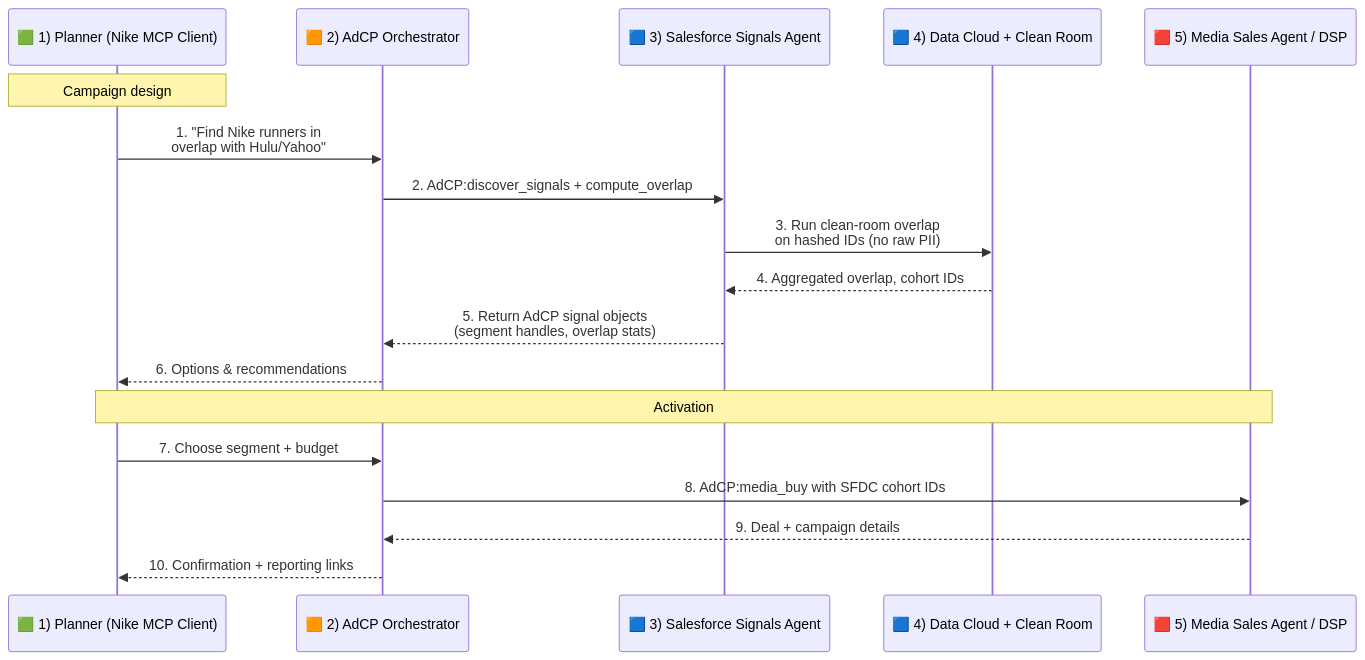
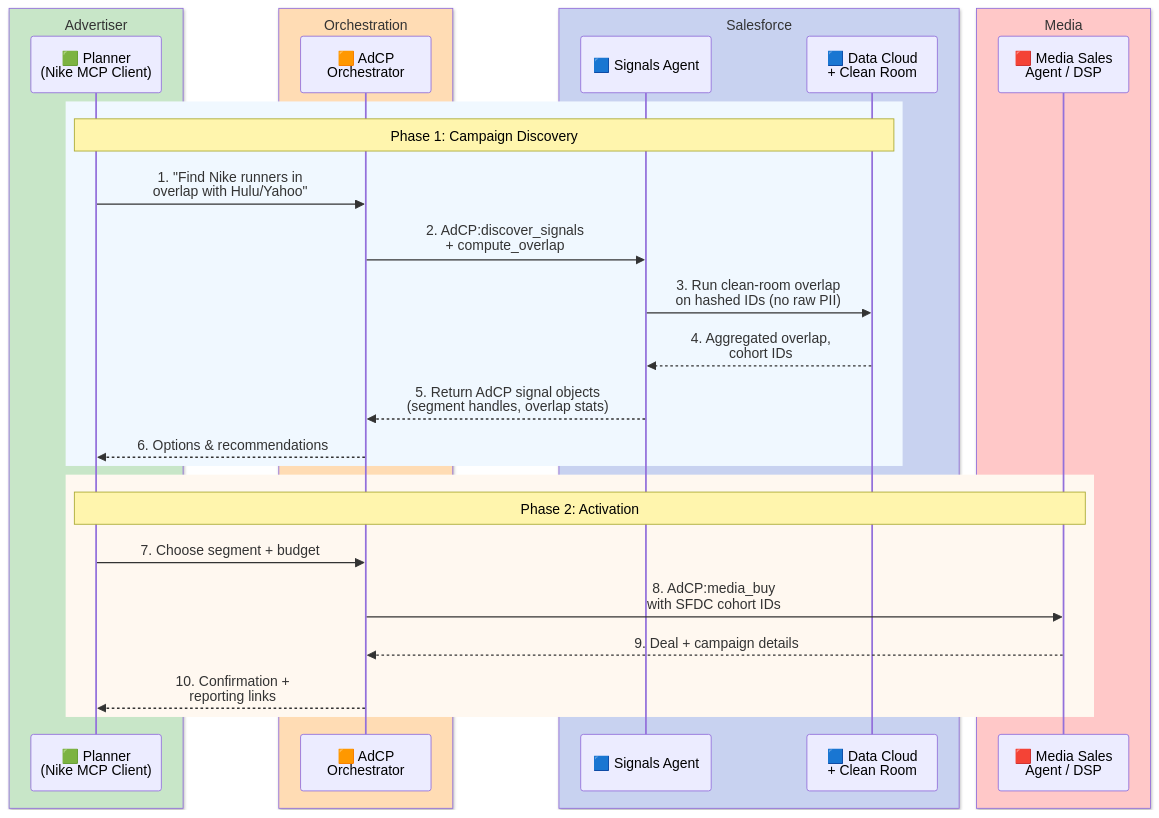
The second of 6 diagrams in ADCP_DATACLOUD_INTEGRATION_PATTERNS.md (arupsarkar-sfdc/admcp-media-app), drawn with Mermaid before and after one commit. The commit also changed other lines of this file, not shown here.

Commit message:
Fix: Cleaned up the texts in the diagrams

````diff
--- a/ADCP_DATACLOUD_INTEGRATION_PATTERNS.md
+++ b/ADCP_DATACLOUD_INTEGRATION_PATTERNS.md
@@ -53,22 +55,37 @@
 ```mermaid
 sequenceDiagram
-    participant P as 🟩 1) Planner (Nike MCP Client)
-    participant O as 🟧 2) AdCP Orchestrator
-    participant SA as 🟦 3) Salesforce Signals Agent
-    participant DC as 🟦 4) Data Cloud + Clean Room
-    participant S as 🟥 5) Media Sales Agent / DSP
+    box rgb(200, 230, 200) Advertiser
+        participant P as 🟩 Planner<br/>(Nike MCP Client)
+    end
+    
+    box rgb(255, 220, 180) Orchestration
+        participant O as 🟧 AdCP<br/>Orchestrator
+    end
+    
+    box rgb(200, 210, 240) Salesforce
+        participant SA as 🟦 Signals Agent
+        participant DC as 🟦 Data Cloud<br/>+ Clean Room
+    end
+    
+    box rgb(255, 200, 200) Media
+        participant S as 🟥 Media Sales<br/>Agent / DSP
+    end
 
-    Note over P: Campaign design
-    P->>O: 1. "Find Nike runners in<br/>overlap with Hulu/Yahoo"
-    O->>SA: 2. AdCP:discover_signals + compute_overlap
-    SA->>DC: 3. Run clean-room overlap<br/>on hashed IDs (no raw PII)
-    DC-->>SA: 4. Aggregated overlap, cohort IDs
-    SA-->>O: 5. Return AdCP signal objects<br/>(segment handles, overlap stats)
-    O-->>P: 6. Options & recommendations
+    rect rgb(240, 248, 255)
+        Note over P,DC: Phase 1: Campaign Discovery
+        P->>O: 1. "Find Nike runners in<br/>overlap with Hulu/Yahoo"
+        O->>SA: 2. AdCP:discover_signals<br/>+ compute_overlap
+        SA->>DC: 3. Run clean-room overlap<br/>on hashed IDs (no raw PII)
+        DC-->>SA: 4. Aggregated overlap,<br/>cohort IDs
+        SA-->>O: 5. Return AdCP signal objects<br/>(segment handles, overlap stats)
+        O-->>P: 6. Options & recommendations
+    end
 
-    Note over P,S: Activation
-    P->>O: 7. Choose segment + budget
-    O->>S: 8. AdCP:media_buy with SFDC cohort IDs
-    S-->>O: 9. Deal + campaign details
-    O-->>P: 10. Confirmation + reporting links
+    rect rgb(255, 248, 240)
+        Note over P,S: Phase 2: Activation
+        P->>O: 7. Choose segment + budget
+        O->>S: 8. AdCP:media_buy<br/>with SFDC cohort IDs
+        S-->>O: 9. Deal + campaign details
+        O-->>P: 10. Confirmation +<br/>reporting links
+    end
 ```
````
